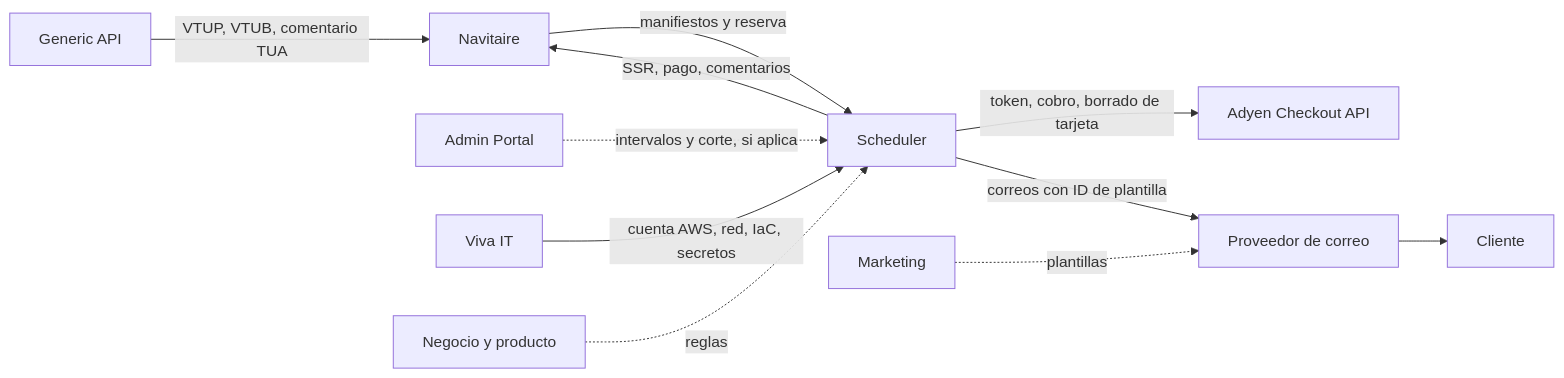
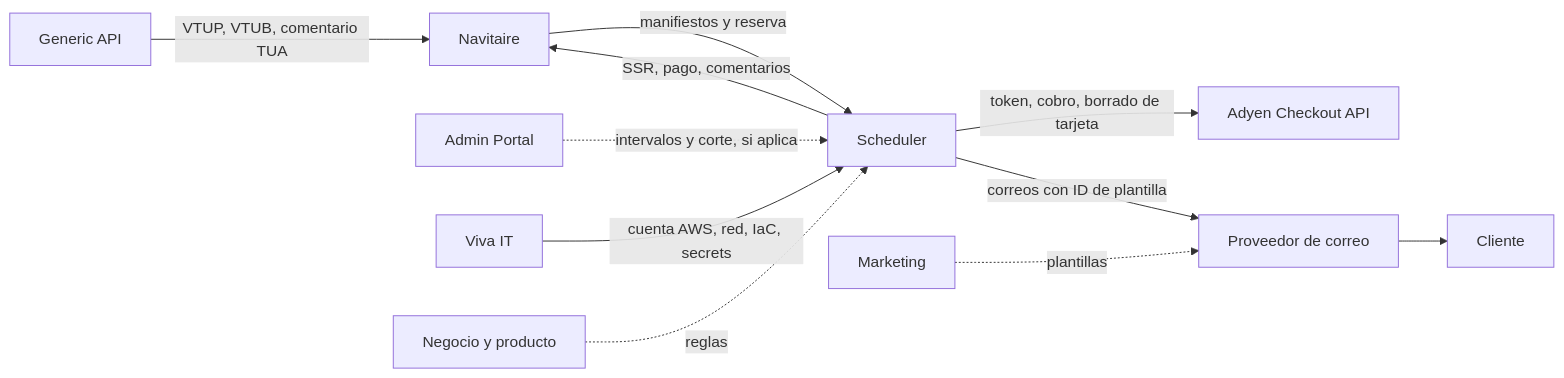
The eighth of 8 diagrams in viva/propuestas/scheduled-payment/analisis.md (didierfrancogomez/propuestas), drawn with Mermaid before and after one commit. The commit also changed other lines of this file and 8 other files, not shown here.

Commit message:
pago programado: términos técnicos en inglés, event-driven architecture y tiempo y costo en equipo de trabajo

````diff
--- a/viva/propuestas/scheduled-payment/analisis.md
+++ b/viva/propuestas/scheduled-payment/analisis.md
@@ -260,13 +260,13 @@
 ```mermaid
 flowchart LR
   GA[Generic API] -->|VTUP, VTUB, comentario TUA| NV[Navitaire]
   NV -->|manifiestos y reserva| SC[Scheduler]
   SC -->|SSR, pago, comentarios| NV
   SC -->|token, cobro, borrado de tarjeta| AD[Adyen Checkout API]
   SC -->|correos con ID de plantilla| EM[Proveedor de correo]
   EM --> CL[Cliente]
   MK[Marketing] -.->|plantillas| EM
   AP[Admin Portal] -.->|intervalos y corte, si aplica| SC
-  IT[Viva IT] -->|cuenta AWS, red, IaC, secretos| SC
+  IT[Viva IT] -->|cuenta AWS, red, IaC, secrets| SC
   NEG[Negocio y producto] -.->|reglas| SC
 ```
````
